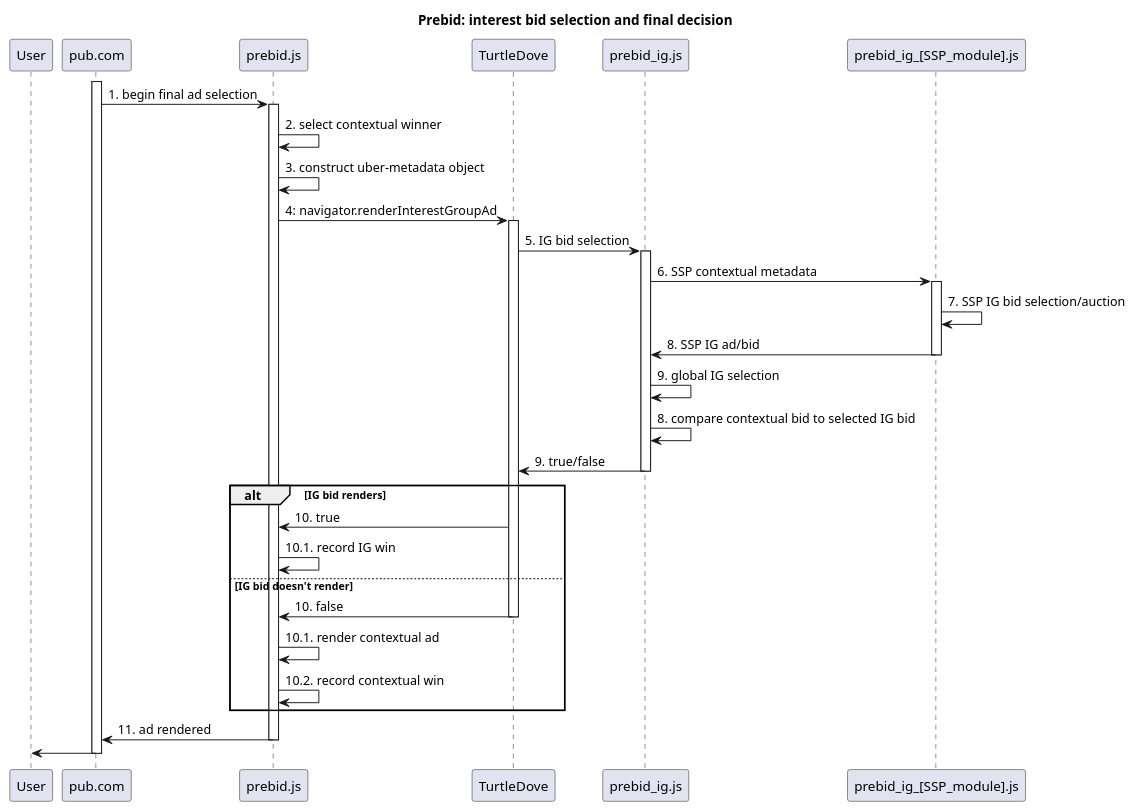
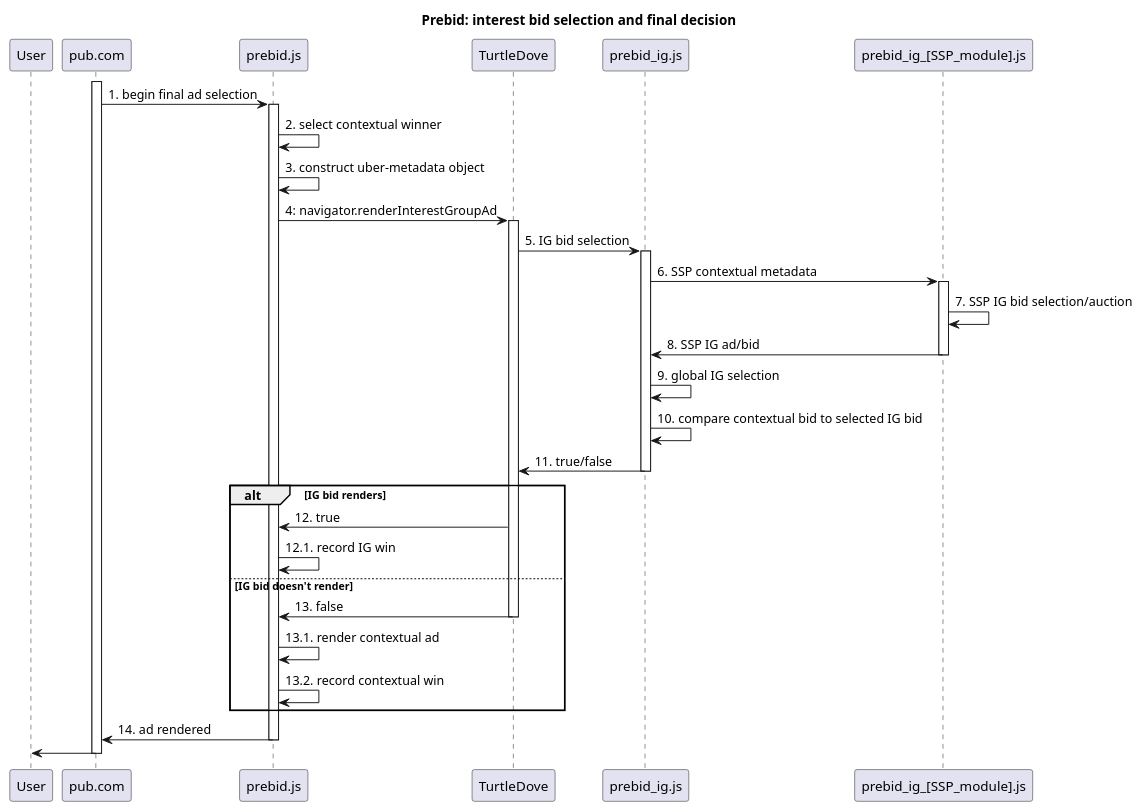
The diagram in prebid_td_interest.plantuml (JoelPM/prebid-td), drawn with PlantUML before and after one commit. The commit also changed 1 other file, not shown here.

Commit message:
Update IG seq diagram

```diff
--- a/prebid_td_interest.plantuml
+++ b/prebid_td_interest.plantuml
@@ -1,49 +1,49 @@
 @startuml prebid_td_interest
 
 title Prebid: interest bid selection and final decision
 
 participant User
 participant "pub.com" as Pub
 participant "prebid.js" as Pbjs
 participant TurtleDove as TD
 participant "prebid_ig.js" as PbIgjs
 participant "prebid_ig_[SSP_module].js" as PbIgSspjs
 
 activate Pub
 Pub -> Pbjs: 1. begin final ad selection
 
 activate Pbjs
 Pbjs -> Pbjs: 2. select contextual winner
 Pbjs -> Pbjs: 3. construct uber-metadata object
 Pbjs -> TD: 4: navigator.renderInterestGroupAd
 
 activate TD
 TD -> PbIgjs: 5. IG bid selection
 activate PbIgjs
 PbIgjs -> PbIgSspjs: 6. SSP contextual metadata
 activate PbIgSspjs
 PbIgSspjs -> PbIgSspjs: 7. SSP IG bid selection/auction
 PbIgjs <- PbIgSspjs: 8. SSP IG ad/bid
 deactivate PbIgSspjs
 PbIgjs -> PbIgjs: 9. global IG selection
-PbIgjs -> PbIgjs: 8. compare contextual bid to selected IG bid
-TD <- PbIgjs: 9. true/false
+PbIgjs -> PbIgjs: 10. compare contextual bid to selected IG bid
+TD <- PbIgjs: 11. true/false
 deactivate PbIgjs
 
 alt IG bid renders
-    Pbjs <- TD: 10. true
-    Pbjs -> Pbjs: 10.1. record IG win
+    Pbjs <- TD: 12. true
+    Pbjs -> Pbjs: 12.1. record IG win
 else IG bid doesn't render
-    Pbjs <- TD: 10. false
+    Pbjs <- TD: 13. false
     deactivate TD
-    Pbjs -> Pbjs: 10.1. render contextual ad
-    Pbjs -> Pbjs: 10.2. record contextual win
+    Pbjs -> Pbjs: 13.1. render contextual ad
+    Pbjs -> Pbjs: 13.2. record contextual win
 end
 
-Pub <- Pbjs: 11. ad rendered
+Pub <- Pbjs: 14. ad rendered
 deactivate Pbjs
 
 User <- Pub
 
 deactivate Pub
 @enduml
```
